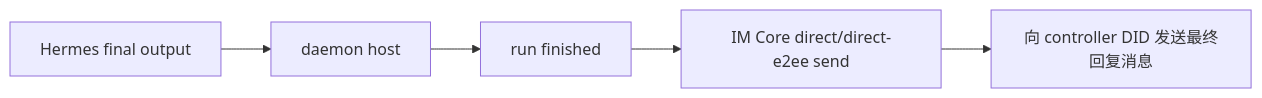
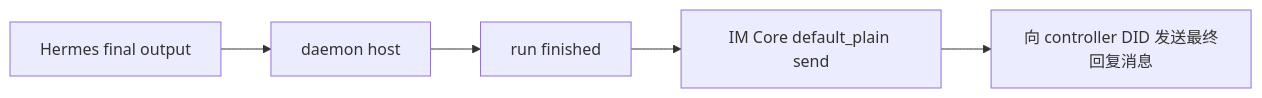
The seventh of 7 diagrams in crates/awiki-deamon/docs/hermes-plugin/hermes_runtime_plugin_design.md (AgentConnect/awiki-cli-rs2), drawn with Mermaid before and after one commit. The commit also changed other lines of this file and 15 other files, not shown here.

Commit message:
daemon: send runtime messages as plain only

````diff
--- a/crates/awiki-deamon/docs/hermes-plugin/hermes_runtime_plugin_design.md
+++ b/crates/awiki-deamon/docs/hermes-plugin/hermes_runtime_plugin_design.md
@@ -1134,7 +1134,7 @@
 ```mermaid
 flowchart LR
     A["Hermes final output"] --> B["daemon host"]
     B --> C["run finished"]
-    C --> D["IM Core direct/direct-e2ee send"]
+    C --> D["IM Core default_plain send"]
     D --> E["向 controller DID 发送最终回复消息"]
 ```
````
